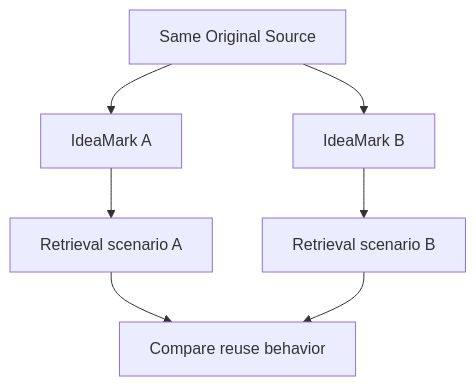
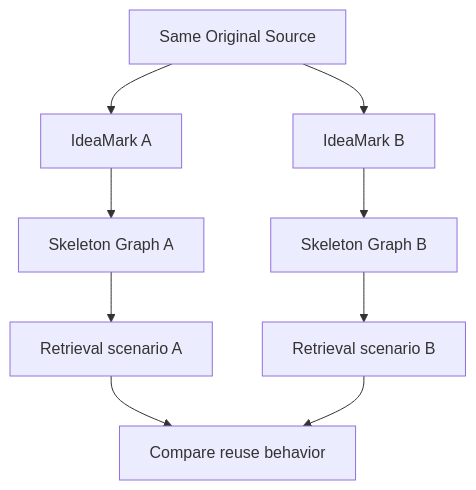
One commit to ak2i/ideamark-core changed the diagram in docs/specs/V1.2.0/part6-authoring-guide/11-retrieval-oriented-evaluation.md. Above: the diagram before and after it, drawn with Mermaid. The commit also changed other lines of this file, not shown here.

Commit message:
Update retrieval evaluation for Skeleton Graph matching

````diff
--- a/docs/specs/V1.2.0/part6-authoring-guide/11-retrieval-oriented-evaluation.md
+++ b/docs/specs/V1.2.0/part6-authoring-guide/11-retrieval-oriented-evaluation.md
@@ -120,9 +193,11 @@
 ```mermaid
 flowchart TD
     SRC[Same Original Source] --> D1[IdeaMark A]
     SRC --> D2[IdeaMark B]
-    D1 --> Q1[Retrieval scenario A]
-    D2 --> Q2[Retrieval scenario B]
+    D1 --> S1[Skeleton Graph A]
+    D2 --> S2[Skeleton Graph B]
+    S1 --> Q1[Retrieval scenario A]
+    S2 --> Q2[Retrieval scenario B]
     Q1 --> CMP[Compare reuse behavior]
     Q2 --> CMP
 ```
````
